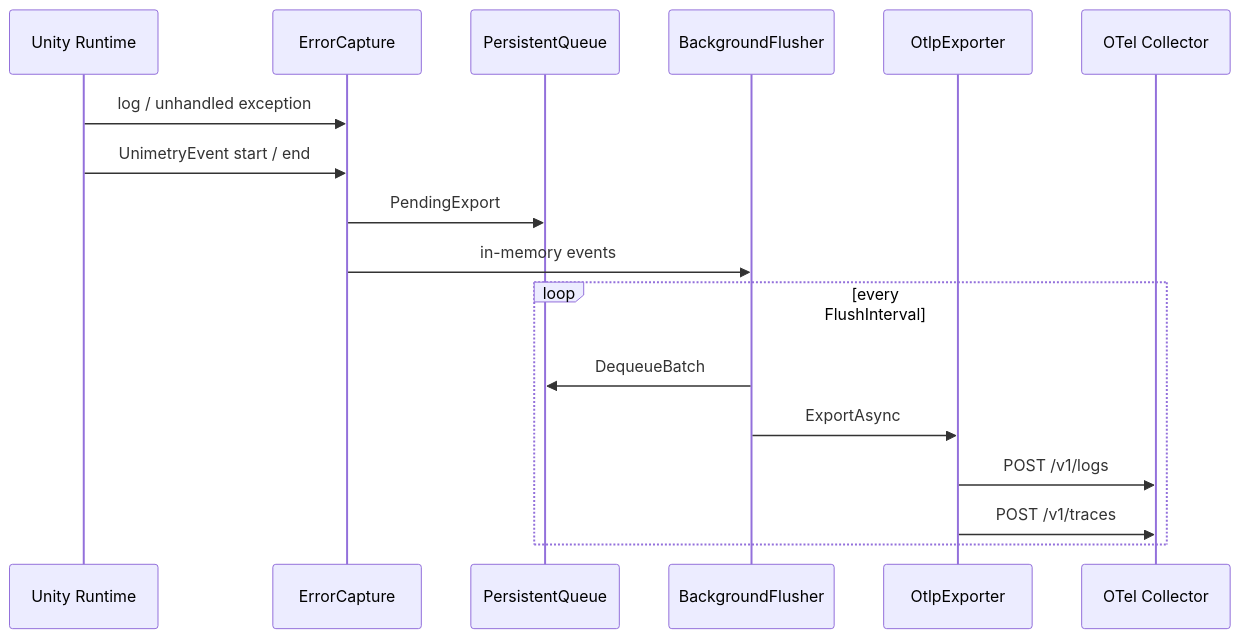
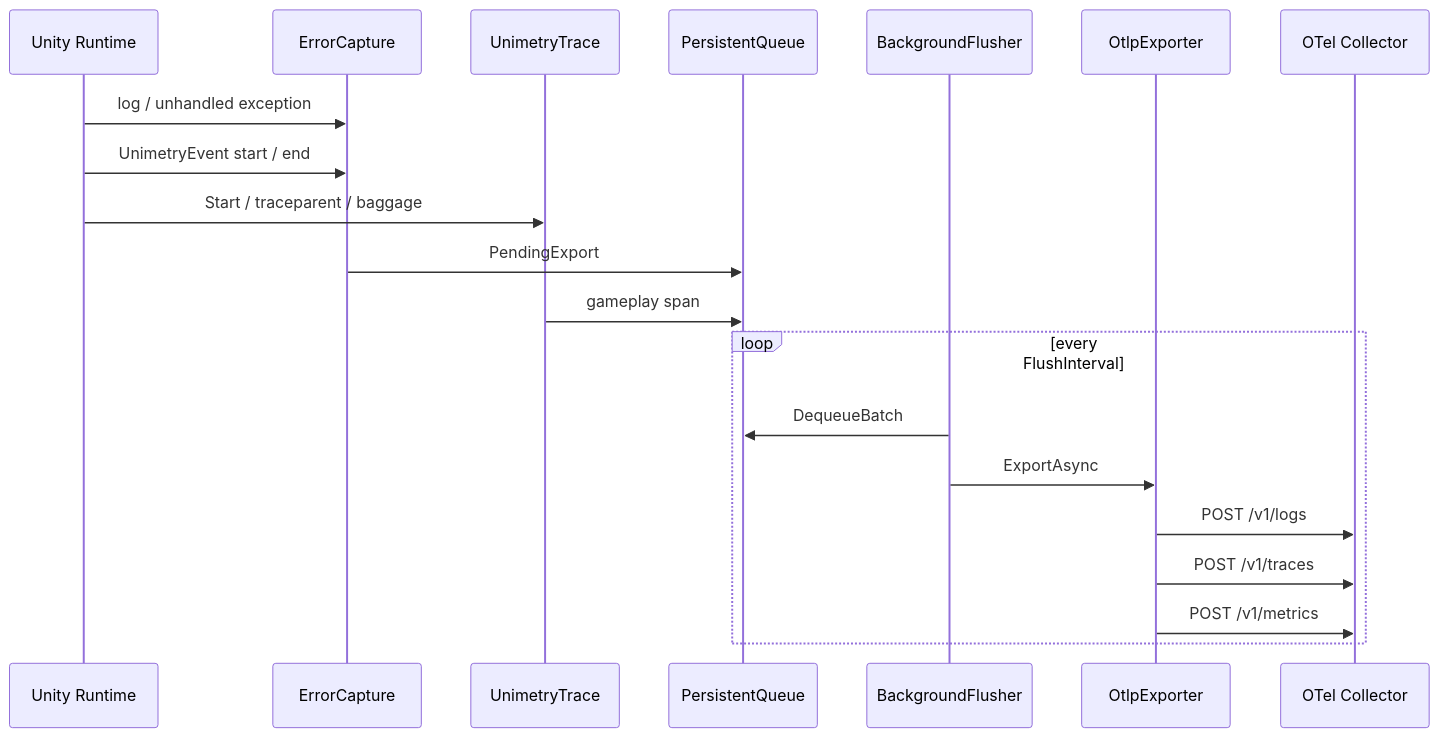
Before and after one commit to konnta0/unimetry: the diagram in docs/ARCHITECTURE.ja.md, drawn with Mermaid. The commit also changed other lines of this file and 1 other file, not shown here.

Commit message:
Describe the current capture, trace, and metrics flow in the architecture docs.

````diff
--- a/docs/ARCHITECTURE.ja.md
+++ b/docs/ARCHITECTURE.ja.md
@@ -22,20 +22,23 @@
 ```mermaid
 sequenceDiagram
     participant Unity as Unity Runtime
     participant Capture as ErrorCapture
+    participant Trace as UnimetryTrace
     participant Queue as PersistentQueue
     participant Flusher as BackgroundFlusher
     participant OTLP as OtlpExporter
     participant Col as OTel Collector
 
     Unity->>Capture: log / unhandled exception
     Unity->>Capture: UnimetryEvent start / end
+    Unity->>Trace: Start / traceparent / baggage
     Capture->>Queue: PendingExport
-    Capture->>Flusher: in-memory events
+    Trace->>Queue: gameplay span
     loop every FlushInterval
         Flusher->>Queue: DequeueBatch
         Flusher->>OTLP: ExportAsync
         OTLP->>Col: POST /v1/logs
         OTLP->>Col: POST /v1/traces
+        OTLP->>Col: POST /v1/metrics
     end
 ```
````
